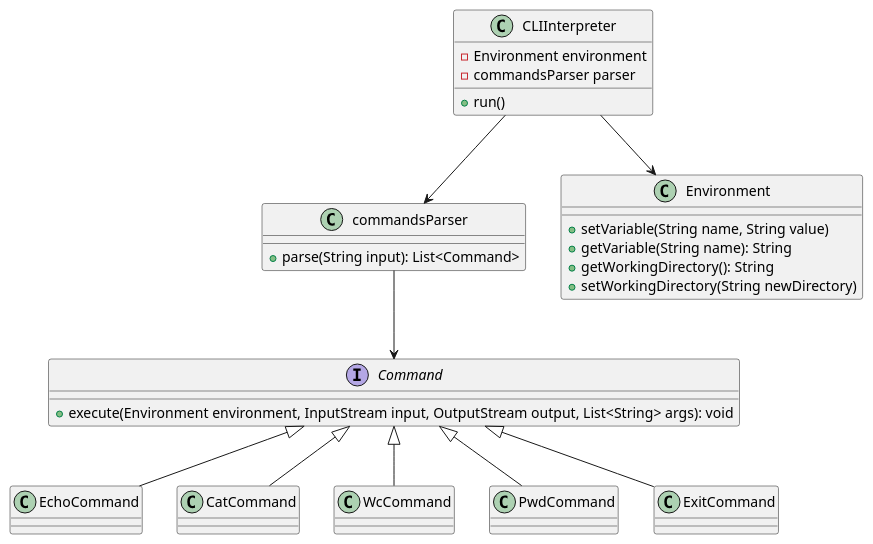
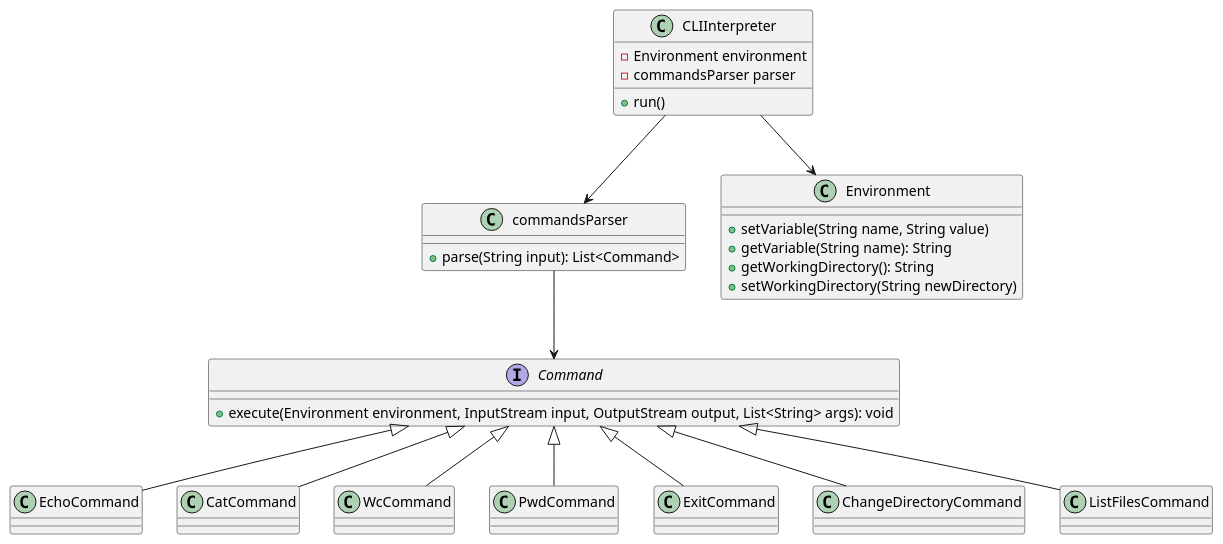
The diagram in docs/classes.puml (itmo-software-design/cli), drawn with PlantUML before and after one commit. The commit also changed 5 other files, not shown here.

```diff
--- a/docs/classes.puml
+++ b/docs/classes.puml
@@ -1,42 +1,44 @@
 @startuml
 class CLIInterpreter {
     - Environment environment
     - commandsParser parser
     + run()
 }
 
 class commandsParser {
     + parse(String input): List<Command>
 }
 
 class Environment {
     + setVariable(String name, String value)
     + getVariable(String name): String
     + getWorkingDirectory(): String
     + setWorkingDirectory(String newDirectory)
 }
 
 interface Command {
     + execute(Environment environment, InputStream input, OutputStream output, List<String> args): void
 }
 
 class EchoCommand
 
 class CatCommand
 
 class WcCommand
 
 class PwdCommand
 
 class ExitCommand
 
 CLIInterpreter --> commandsParser
 CLIInterpreter --> Environment
 commandsParser --> Command
 Command <|-- EchoCommand
 Command <|-- CatCommand
 Command <|-- WcCommand
 Command <|-- PwdCommand
 Command <|-- ExitCommand
+Command <|-- ChangeDirectoryCommand
+Command <|-- ListFilesCommand
 
 @enduml
```
